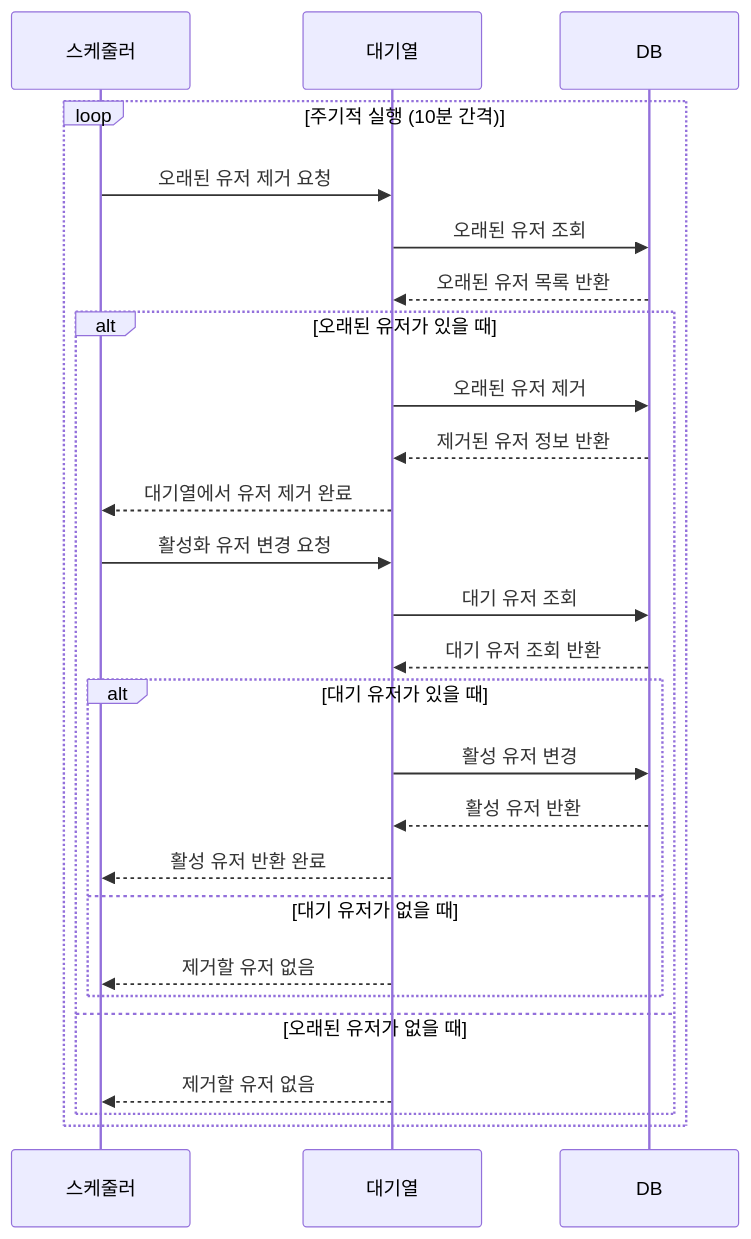
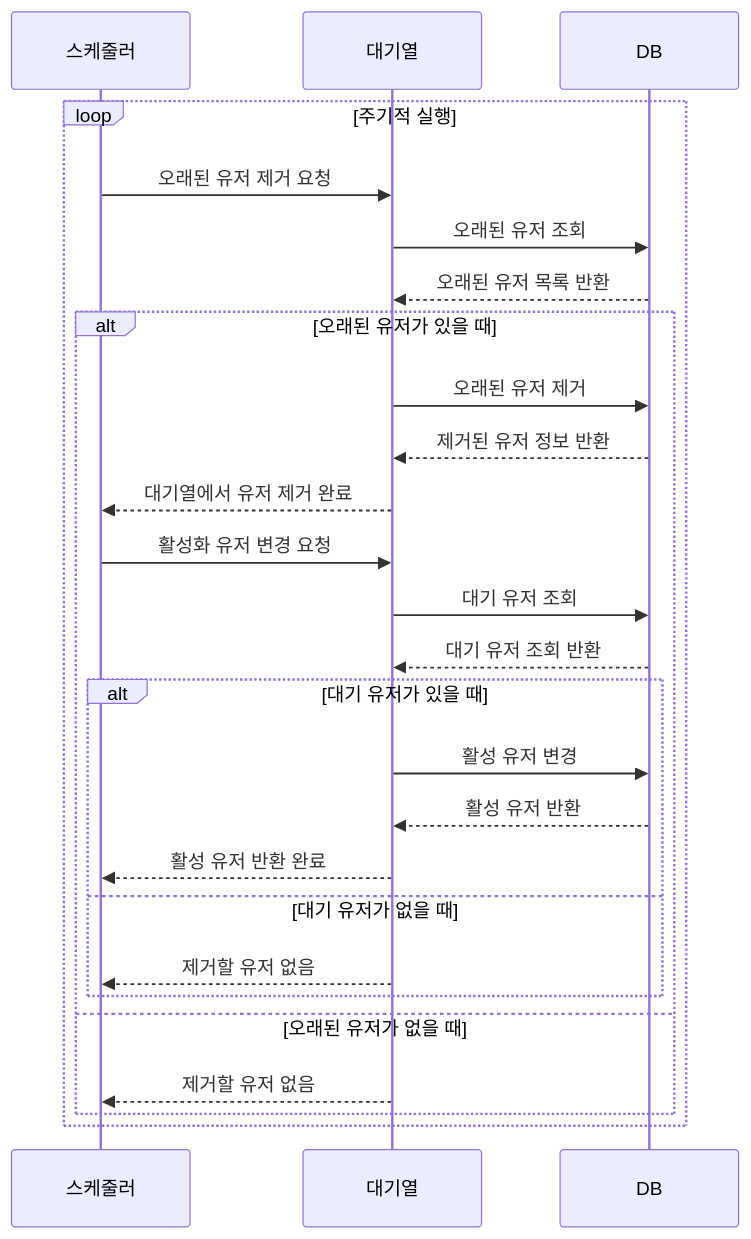
One commit to hyojin202406/hanghae-concert changed the second of 9 diagrams in docs/sequence_diagram.md. Above: the diagram before and after it, drawn with Mermaid. The commit also changed other lines of this file and 2 other files, not shown here.

Commit message:
doc: 시퀀스다이어그램, ERD, API 수정

````diff
--- a/docs/sequence_diagram.md
+++ b/docs/sequence_diagram.md
@@ -44,32 +44,32 @@
 ```mermaid
 sequenceDiagram
    participant Scheduler as 스케줄러
    participant 대기열서비스 as 대기열
    participant DB
 
 %% 주기적으로 스케줄러가 실행됨 %%
-    loop 주기적 실행 (10분 간격)
+    loop 주기적 실행
         Scheduler->>대기열서비스: 오래된 유저 제거 요청
         대기열서비스->>DB: 오래된 유저 조회
         DB-->>대기열서비스: 오래된 유저 목록 반환
     alt 오래된 유저가 있을 때
         대기열서비스->>DB: 오래된 유저 제거
         DB-->>대기열서비스: 제거된 유저 정보 반환
         대기열서비스-->>Scheduler: 대기열에서 유저 제거 완료
         Scheduler->>대기열서비스: 활성화 유저 변경 요청
         대기열서비스->>DB: 대기 유저 조회
         DB-->>대기열서비스: 대기 유저 조회 반환
         alt 대기 유저가 있을 때
             대기열서비스->>DB: 활성 유저 변경
             DB-->>대기열서비스: 활성 유저 반환
             대기열서비스-->>Scheduler: 활성 유저 반환 완료
         else 대기 유저가 없을 때
             대기열서비스-->>Scheduler: 제거할 유저 없음
         end
     else 오래된 유저가 없을 때
         대기열서비스-->>Scheduler: 제거할 유저 없음
     end
       
    end
 
 ```
````
